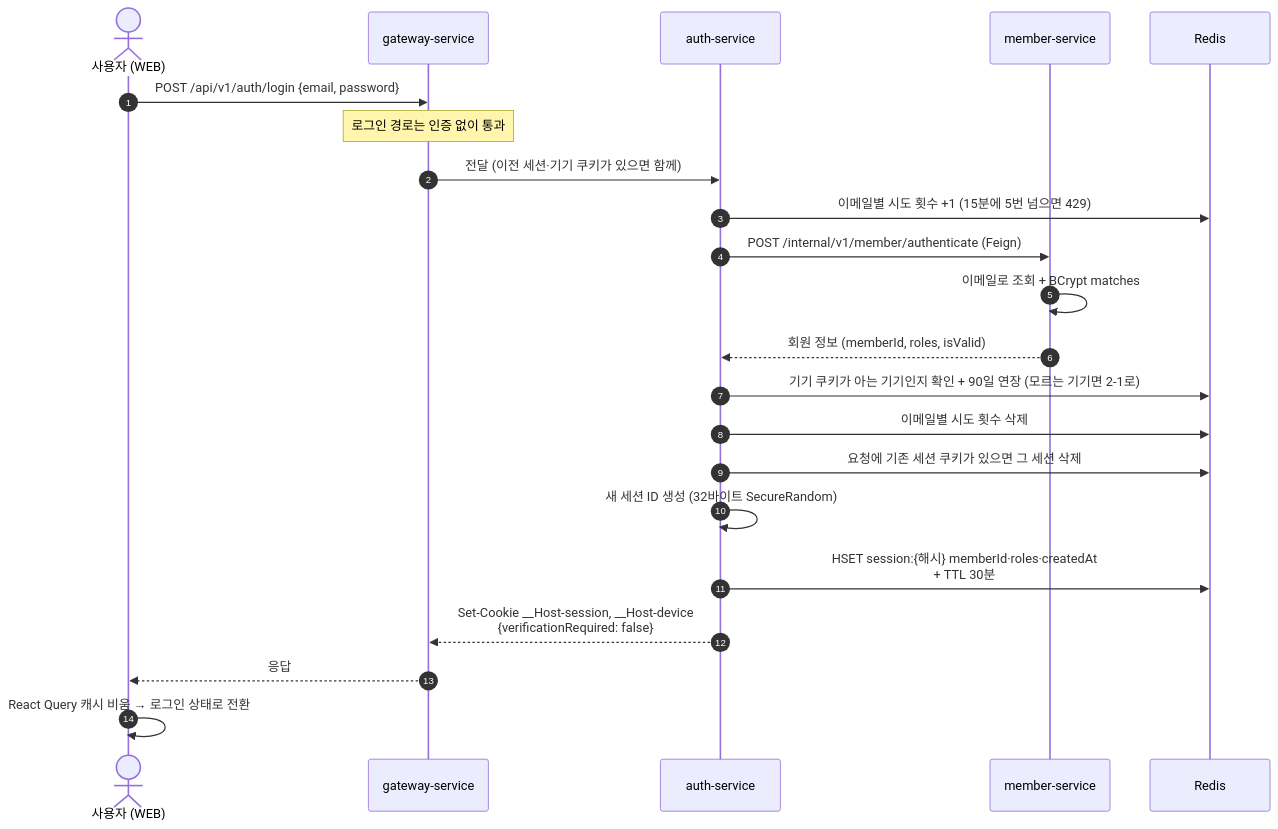
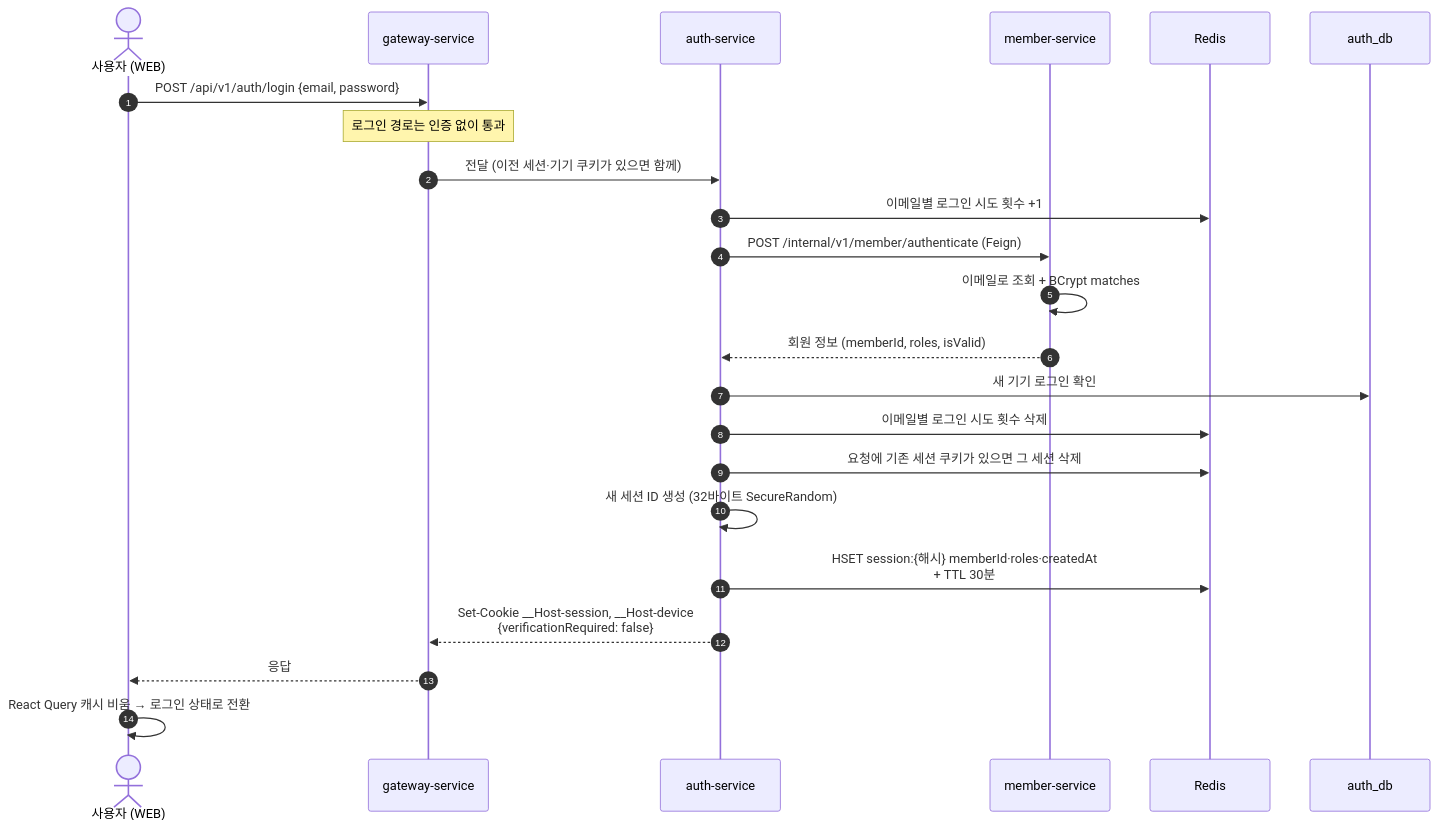
The first of 4 diagrams in .docs/spec/004-auth-spec.md (rivertw777/ModuDrive-API), drawn with Mermaid before and after one commit. The commit also changed other lines of this file and 76 other files, not shown here.

````diff
--- a/.docs/spec/004-auth-spec.md
+++ b/.docs/spec/004-auth-spec.md
@@ -91,25 +89,26 @@
 ```mermaid
 sequenceDiagram
     autonumber
     actor U as 사용자 (WEB)
     participant G as gateway-service
     participant A as auth-service
     participant M as member-service
     participant R as Redis
+    participant D as auth_db
 
     U->>G: POST /api/v1/auth/login {email, password}
     Note over G: 로그인 경로는 인증 없이 통과
     G->>A: 전달 (이전 세션·기기 쿠키가 있으면 함께)
-    A->>R: 이메일별 시도 횟수 +1 (15분에 5번 넘으면 429)
+    A->>R: 이메일별 로그인 시도 횟수 +1
     A->>M: POST /internal/v1/member/authenticate (Feign)
     M->>M: 이메일로 조회 + BCrypt matches
     M-->>A: 회원 정보 (memberId, roles, isValid)
-    A->>R: 기기 쿠키가 아는 기기인지 확인 + 90일 연장 (모르는 기기면 2-1로)
-    A->>R: 이메일별 시도 횟수 삭제
+    A->>D: 새 기기 로그인 확인
+    A->>R: 이메일별 로그인 시도 횟수 삭제
     A->>R: 요청에 기존 세션 쿠키가 있으면 그 세션 삭제
     A->>A: 새 세션 ID 생성 (32바이트 SecureRandom)
     A->>R: HSET session:{해시} memberId·roles·createdAt<br/>+ TTL 30분
     A-->>G: Set-Cookie __Host-session, __Host-device<br/>{verificationRequired: false}
     G-->>U: 응답
     U->>U: React Query 캐시 비움 → 로그인 상태로 전환
 ```
````
